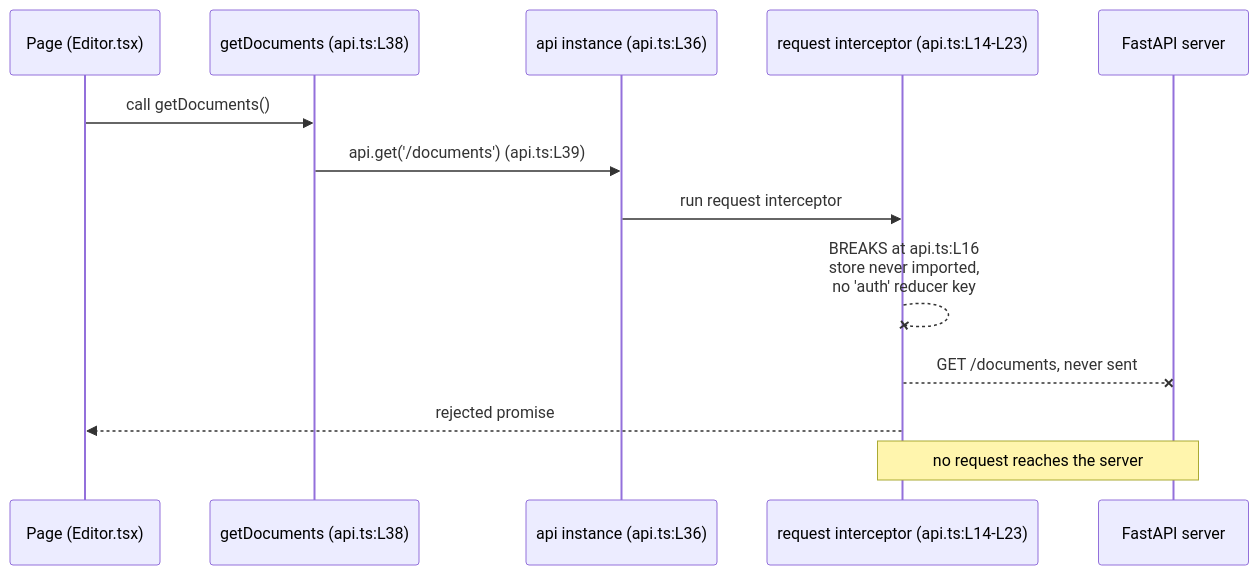
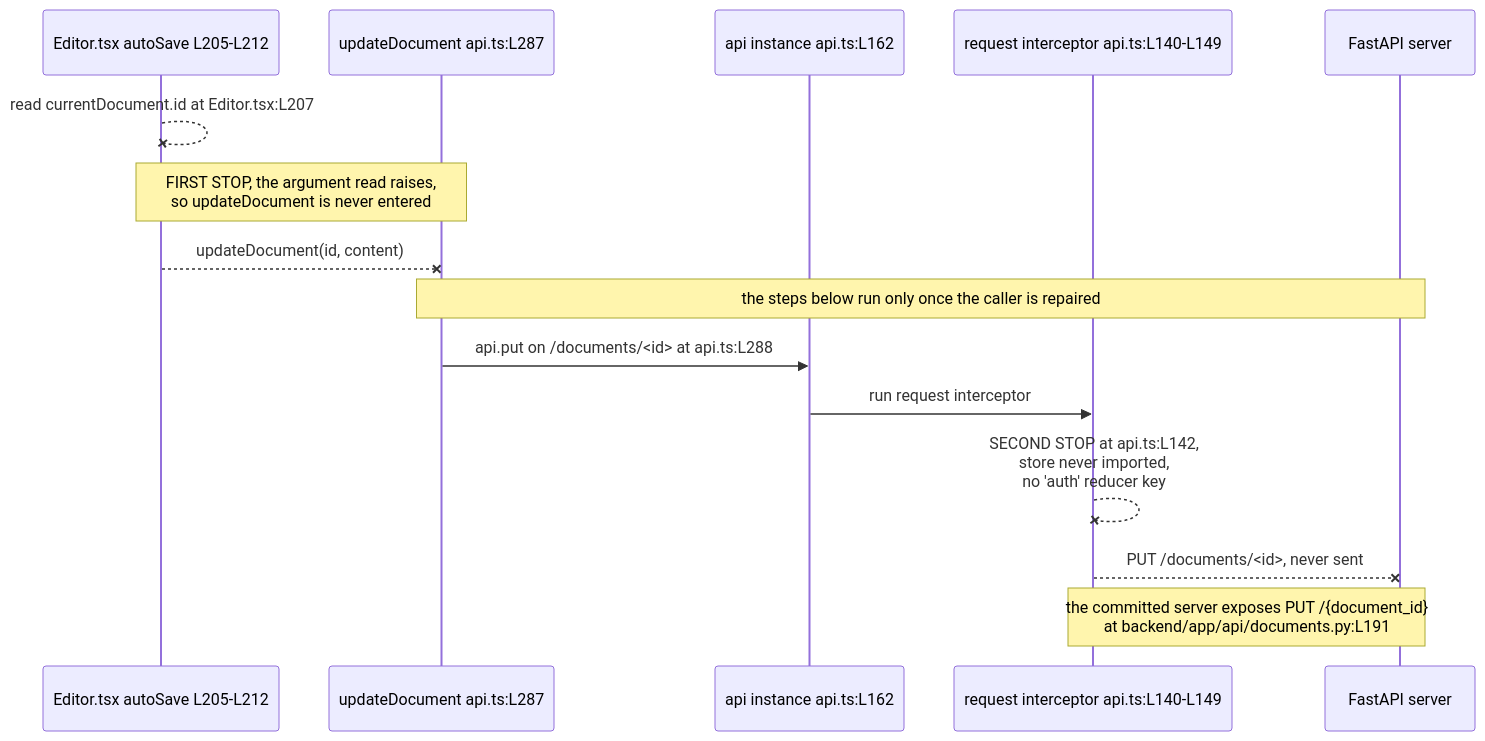
One commit to blitzy-public-samples/microsoft-word-u33ko0 changed the diagram in frontend/src/services/README.md. Above: the diagram before and after it, drawn with Mermaid. The commit also changed other lines of this file and 53 other files, not shown here.

````diff
--- a/frontend/src/services/README.md
+++ b/frontend/src/services/README.md
@@ -75,16 +75,19 @@
 ```mermaid
 sequenceDiagram
-    participant Page as Page (Editor.tsx)
-    participant Fn as getDocuments (api.ts:L38)
-    participant Api as api instance (api.ts:L36)
-    participant Int as request interceptor (api.ts:L14-L23)
+    participant Page as Editor.tsx autoSave L205-L212
+    participant Fn as updateDocument api.ts:L287
+    participant Api as api instance api.ts:L162
+    participant Int as request interceptor api.ts:L140-L149
     participant Srv as FastAPI server
 
-    Page->>Fn: call getDocuments()
-    Fn->>Api: api.get('/documents') (api.ts:L39)
+    Page--xPage: read currentDocument.id at Editor.tsx:L207
+    Note over Page,Fn: FIRST STOP, the argument read raises,<br/>so updateDocument is never entered
+    Page--xFn: updateDocument(id, content)
+
+    Note over Fn,Srv: the steps below run only once the caller is repaired
+    Fn->>Api: api.put on /documents/<id> at api.ts:L288
     Api->>Int: run request interceptor
-    Int--xInt: BREAKS at api.ts:L16<br/>store never imported,<br/>no 'auth' reducer key
-    Int--xSrv: GET /documents, never sent
-    Int-->>Page: rejected promise
-    Note over Int,Srv: no request reaches the server
+    Int--xInt: SECOND STOP at api.ts:L142,<br/>store never imported,<br/>no 'auth' reducer key
+    Int--xSrv: PUT /documents/<id>, never sent
+    Note over Int,Srv: the committed server exposes PUT /{document_id}<br/>at backend/app/api/documents.py:L191
 ```
````
